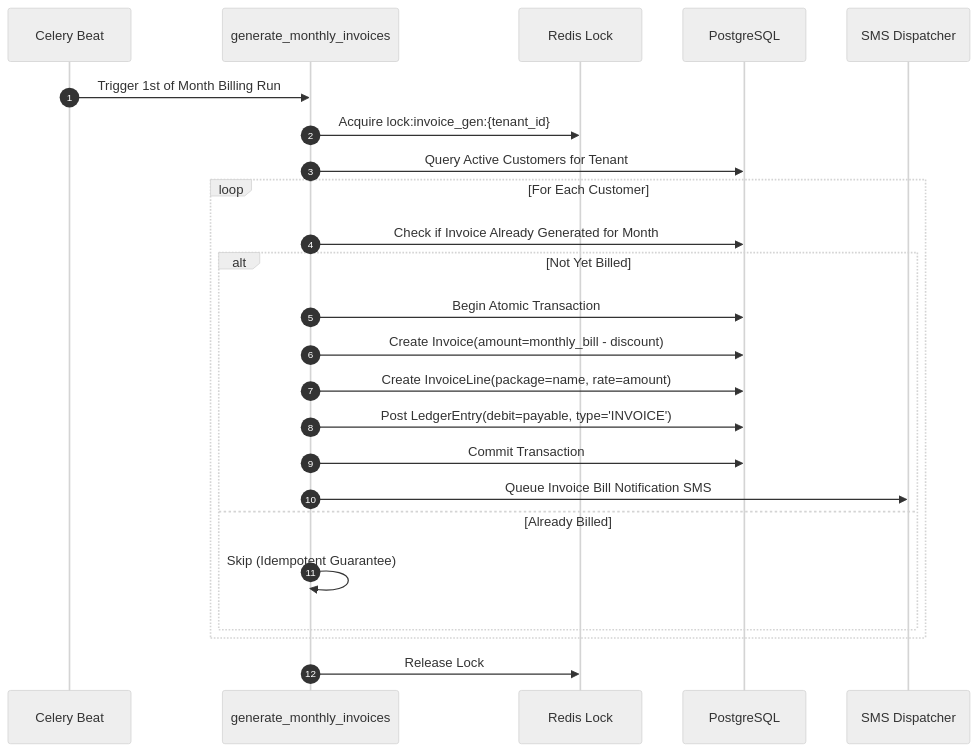
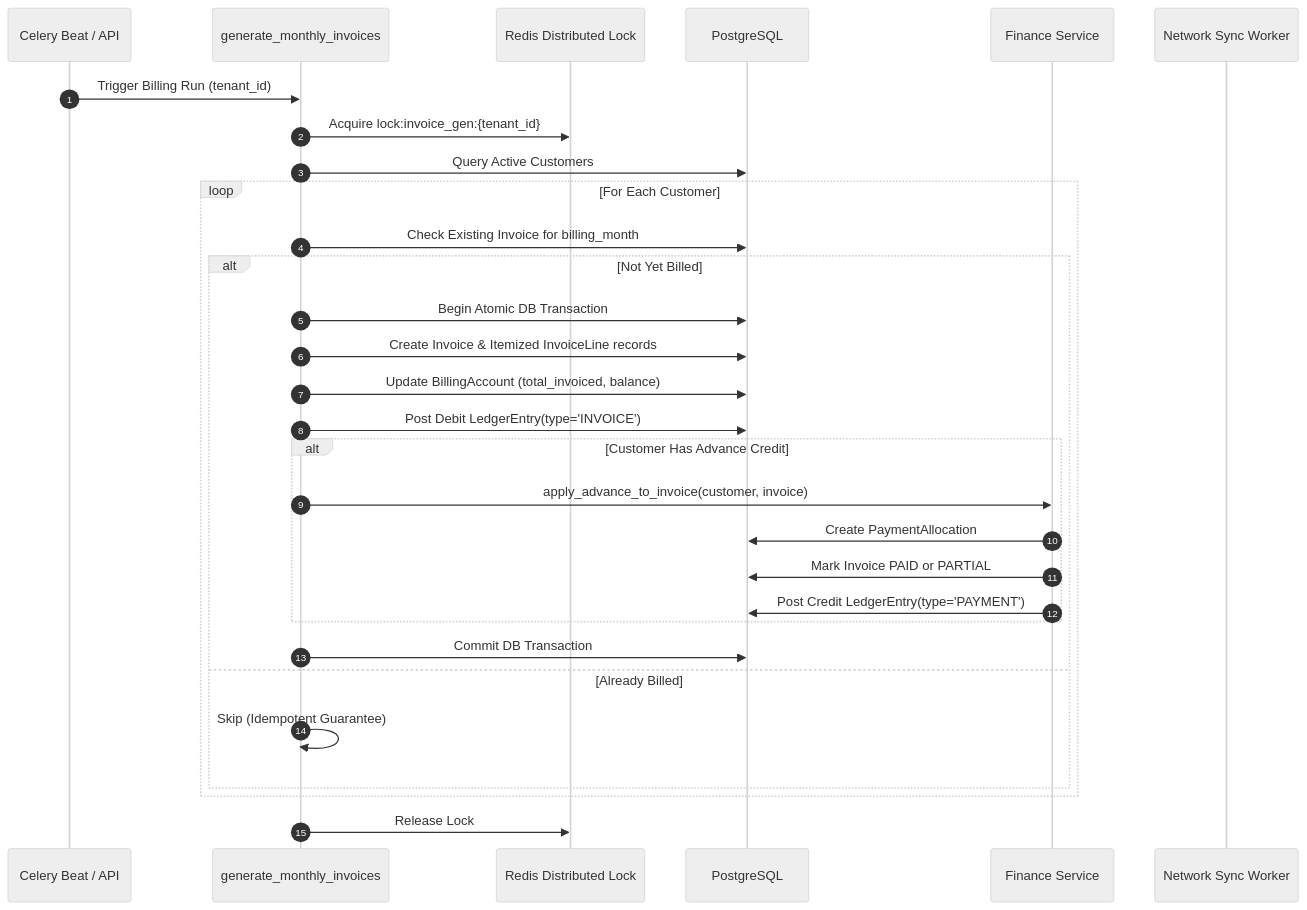
The first of 2 diagrams in docs/content/docs/business-domains/billing-and-invoicing.mdx (Taraldinn/sheba-erp), drawn with Mermaid (neutral theme) before and after one commit. The commit also changed other lines of this file and 22 other files, not shown here.

Commit message:
feat: implement InvoiceLine API, network sync job orchestration, and automated billing settlement logic with advance auto-allocation

````diff
--- a/docs/content/docs/business-domains/billing-and-invoicing.mdx
+++ b/docs/content/docs/business-domains/billing-and-invoicing.mdx
@@ -18,27 +22,33 @@
 ```mermaid
 sequenceDiagram
     autonumber
-    participant Celery as Celery Beat
+    participant Celery as Celery Beat / API
     participant Task as generate_monthly_invoices
-    participant Lock as Redis Lock
+    participant Lock as Redis Distributed Lock
     participant DB as PostgreSQL
-    participant SMS as SMS Dispatcher
+    participant Fin as Finance Service
+    participant Net as Network Sync Worker
 
-    Celery->>Task: Trigger 1st of Month Billing Run
+    Celery->>Task: Trigger Billing Run (tenant_id)
     Task->>Lock: Acquire lock:invoice_gen:{tenant_id}
-    Task->>DB: Query Active Customers for Tenant
+    Task->>DB: Query Active Customers
     loop For Each Customer
-        Task->>DB: Check if Invoice Already Generated for Month
+        Task->>DB: Check Existing Invoice for billing_month
         alt Not Yet Billed
-            Task->>DB: Begin Atomic Transaction
-            Task->>DB: Create Invoice(amount=monthly_bill - discount)
-            Task->>DB: Create InvoiceLine(package=name, rate=amount)
-            Task->>DB: Post LedgerEntry(debit=payable, type='INVOICE')
-            Task->>DB: Commit Transaction
-            Task->>SMS: Queue Invoice Bill Notification SMS
+            Task->>DB: Begin Atomic DB Transaction
+            Task->>DB: Create Invoice & Itemized InvoiceLine records
+            Task->>DB: Update BillingAccount (total_invoiced, balance)
+            Task->>DB: Post Debit LedgerEntry(type='INVOICE')
+            alt Customer Has Advance Credit
+                Task->>Fin: apply_advance_to_invoice(customer, invoice)
+                Fin->>DB: Create PaymentAllocation
+                Fin->>DB: Mark Invoice PAID or PARTIAL
+                Fin->>DB: Post Credit LedgerEntry(type='PAYMENT')
+            end
+            Task->>DB: Commit DB Transaction
         else Already Billed
             Task->>Task: Skip (Idempotent Guarantee)
         end
     end
     Task->>Lock: Release Lock
 ```
````
